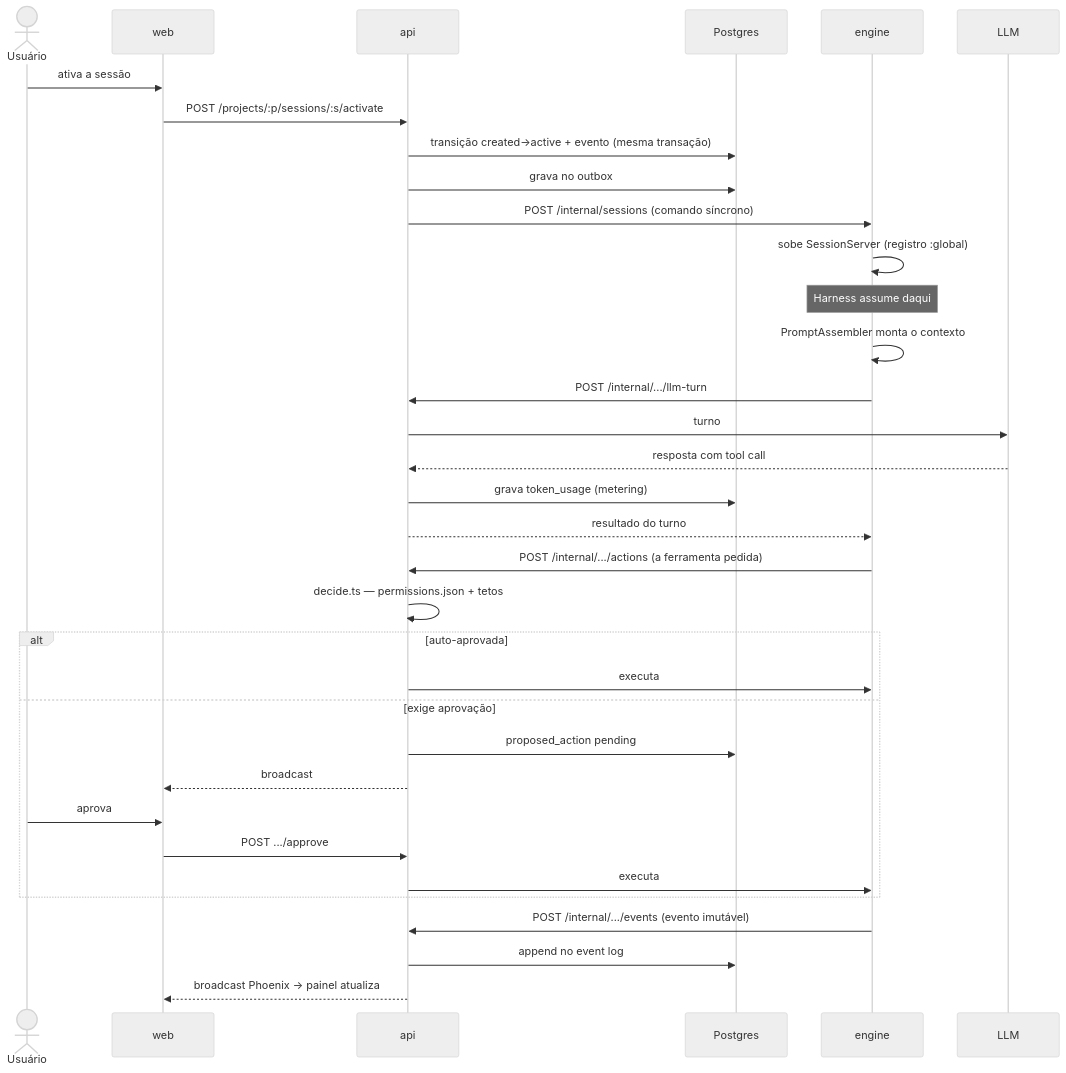
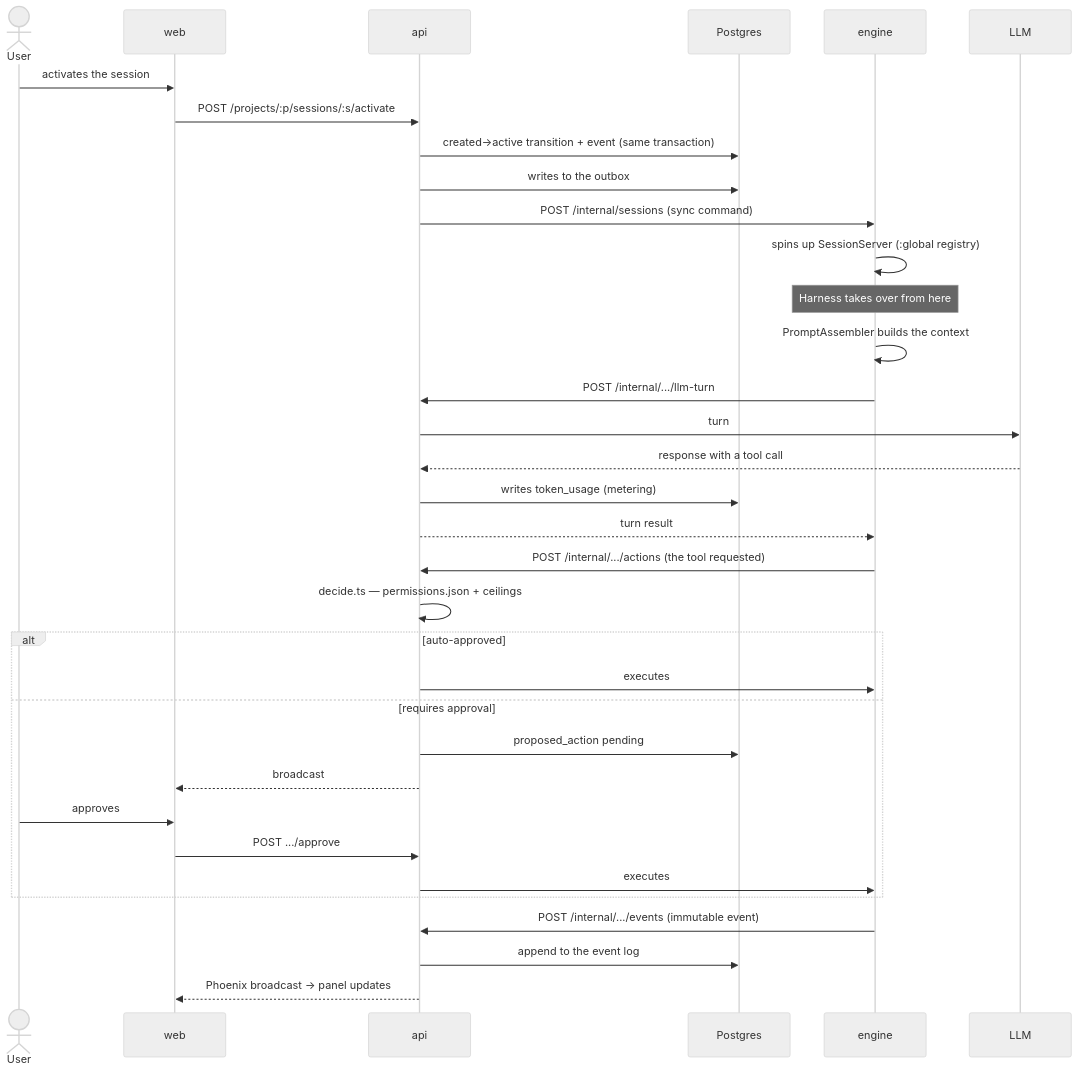
One commit to daneiel/brabo changed the second of 3 diagrams in docs/architecture.md. Above: the diagram before and after it, drawn with Mermaid (neutral theme). The commit also changed other lines of this file and 303 other files, not shown here.

````diff
--- a/docs/architecture.md
+++ b/docs/architecture.md
@@ -231,39 +240,39 @@
 ```mermaid
 sequenceDiagram
-  actor U as Usuário
+  actor U as User
   participant W as web
   participant A as api
   participant P as Postgres
   participant E as engine
   participant M as LLM
 
-  U->>W: ativa a sessão
+  U->>W: activates the session
   W->>A: POST /projects/:p/sessions/:s/activate
-  A->>P: transição created→active + evento (mesma transação)
-  A->>P: grava no outbox
-  A->>E: POST /internal/sessions (comando síncrono)
-  E->>E: sobe SessionServer (registro :global)
+  A->>P: created→active transition + event (same transaction)
+  A->>P: writes to the outbox
+  A->>E: POST /internal/sessions (sync command)
+  E->>E: spins up SessionServer (:global registry)
 
-  Note over E: Harness assume daqui
-  E->>E: PromptAssembler monta o contexto
+  Note over E: Harness takes over from here
+  E->>E: PromptAssembler builds the context
   E->>A: POST /internal/.../llm-turn
-  A->>M: turno
-  M-->>A: resposta com tool call
-  A->>P: grava token_usage (metering)
-  A-->>E: resultado do turno
+  A->>M: turn
+  M-->>A: response with a tool call
+  A->>P: writes token_usage (metering)
+  A-->>E: turn result
 
-  E->>A: POST /internal/.../actions (a ferramenta pedida)
-  A->>A: decide.ts — permissions.json + tetos
-  alt auto-aprovada
-    A->>E: executa
-  else exige aprovação
+  E->>A: POST /internal/.../actions (the tool requested)
+  A->>A: decide.ts — permissions.json + ceilings
+  alt auto-approved
+    A->>E: executes
+  else requires approval
     A->>P: proposed_action pending
     A-->>W: broadcast
-    U->>W: aprova
+    U->>W: approves
     W->>A: POST .../approve
-    A->>E: executa
+    A->>E: executes
   end
-  E->>A: POST /internal/.../events (evento imutável)
-  A->>P: append no event log
-  A-->>W: broadcast Phoenix → painel atualiza
+  E->>A: POST /internal/.../events (immutable event)
+  A->>P: append to the event log
+  A-->>W: Phoenix broadcast → panel updates
 ```
````
